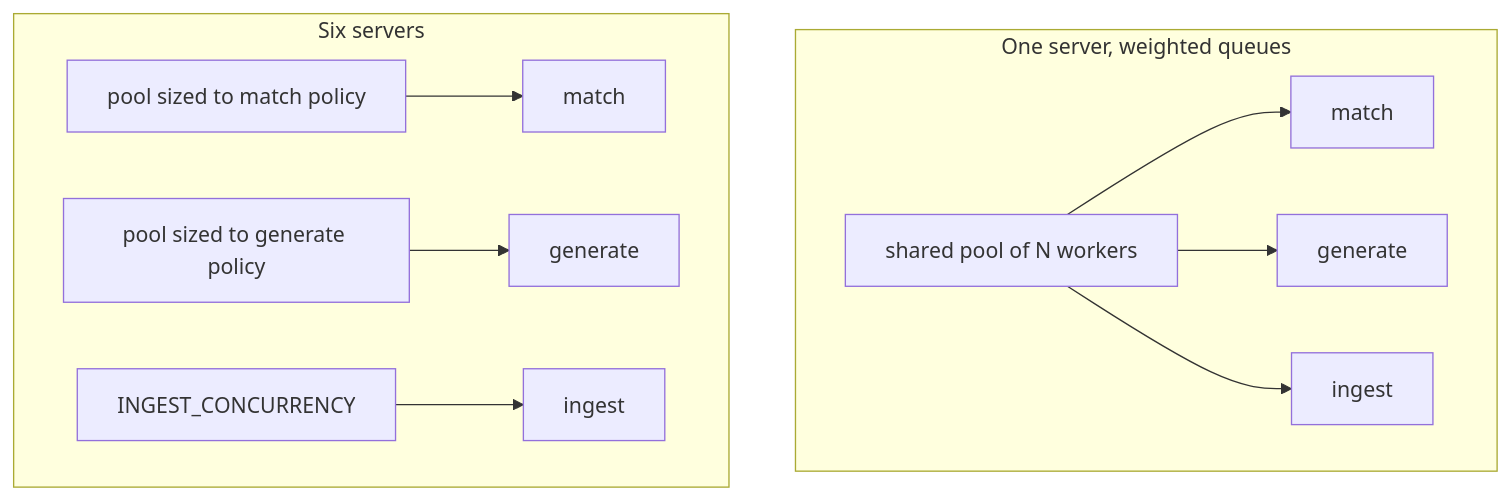
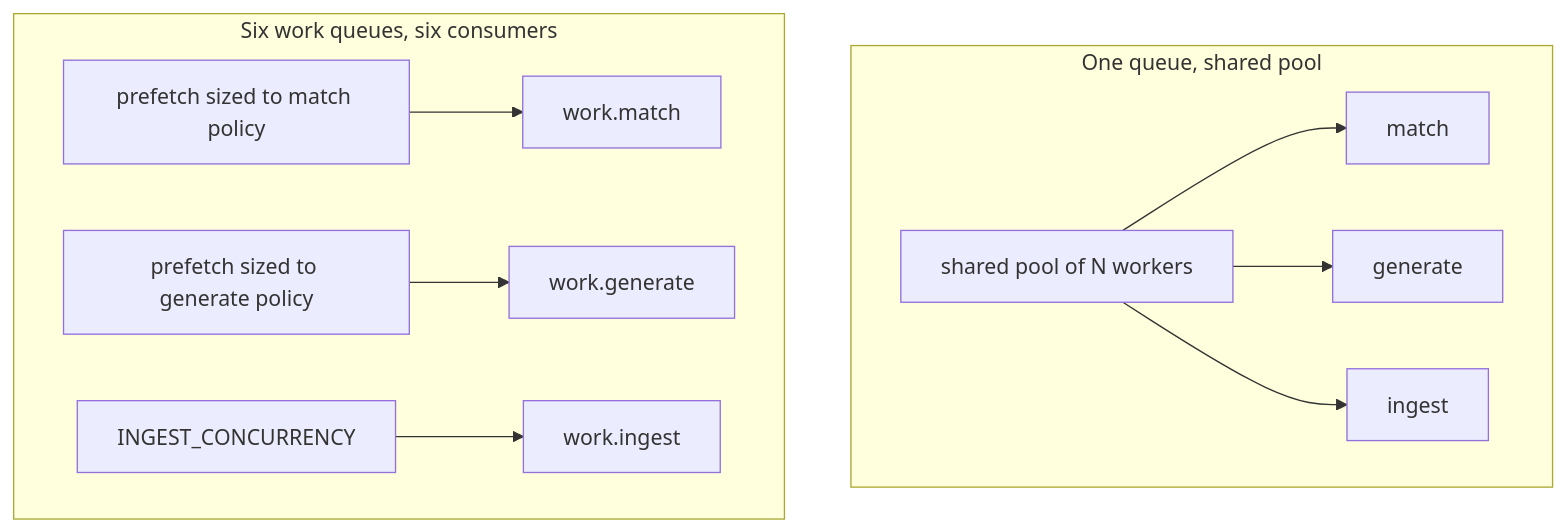
One commit to nonamecat19/job-finder changed the third of 3 diagrams in docs/docs/architecture/technology-choices.md. Above: the diagram before and after it, drawn with Mermaid. The commit also changed other lines of this file and 13 other files, not shown here.

````diff
--- a/docs/docs/architecture/technology-choices.md
+++ b/docs/docs/architecture/technology-choices.md
@@ -79,11 +83,11 @@
 ```mermaid
 flowchart TB
-    subgraph Rejected["One server, weighted queues"]
+    subgraph Rejected["One queue, shared pool"]
         SP["shared pool of N workers"] --> Q1["match"] & Q2["generate"] & Q3["ingest"]
     end
-    subgraph Chosen["Six servers"]
-        S1["pool sized to match policy"] --> QQ1["match"]
-        S2["pool sized to generate policy"] --> QQ2["generate"]
-        S3["INGEST_CONCURRENCY"] --> QQ3["ingest"]
+    subgraph Chosen["Six work queues, six consumers"]
+        S1["prefetch sized to match policy"] --> QQ1["work.match"]
+        S2["prefetch sized to generate policy"] --> QQ2["work.generate"]
+        S3["INGEST_CONCURRENCY"] --> QQ3["work.ingest"]
     end
 ```
````
